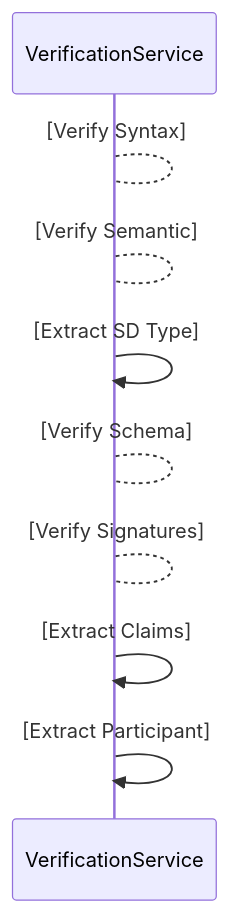
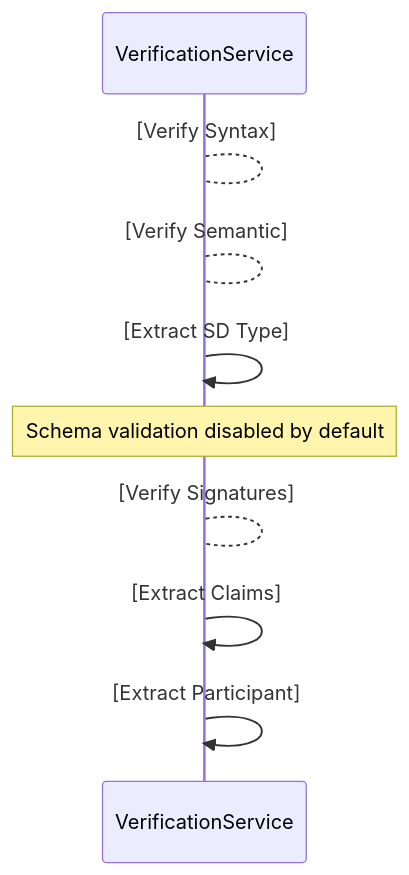
Before and after one commit to federated-catalogue-enhancements-2026/docs: diagram 30 of 31 in federated-catalogue/src/docs/architecture/chapters/06_runtime_view.adoc, drawn with Mermaid. The commit also changed other lines of this file and 6 other files, not shown here.

First line of the commit message:
Enhancement [CAT-FR-SF-04] : schema validation disabled for SD/Asset (#1)

```diff
--- a/federated-catalogue/src/docs/architecture/chapters/06_runtime_view.adoc
+++ b/federated-catalogue/src/docs/architecture/chapters/06_runtime_view.adoc
@@ -899,11 +910,11 @@
 [mermaid, width=2000]
 ....
 sequenceDiagram
     VerificationService --> VerificationService:[Verify Syntax]
     VerificationService --> VerificationService:[Verify Semantic]
     VerificationService ->> VerificationService:[Extract SD Type]
-    VerificationService --> VerificationService:[Verify Schema]
+    Note over VerificationService: Schema validation disabled by default
     VerificationService --> VerificationService:[Verify Signatures]
     VerificationService ->> VerificationService:[Extract Claims]
     VerificationService ->> VerificationService:[Extract Participant]
 ....
```
